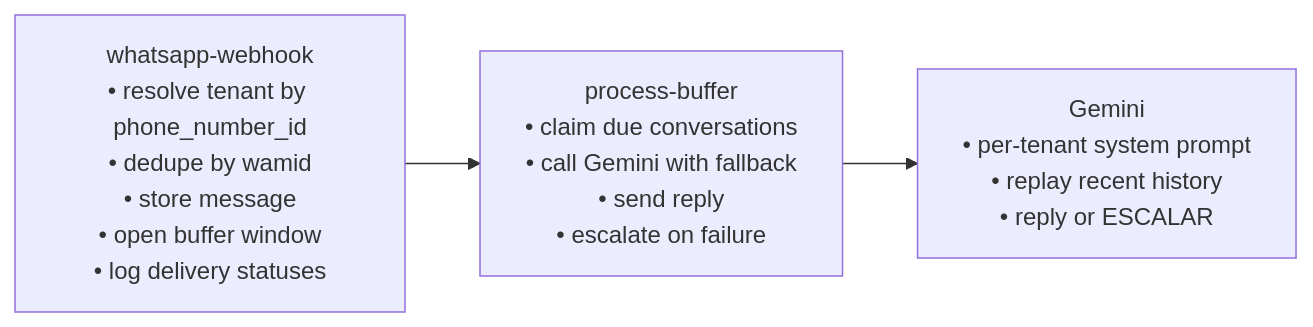
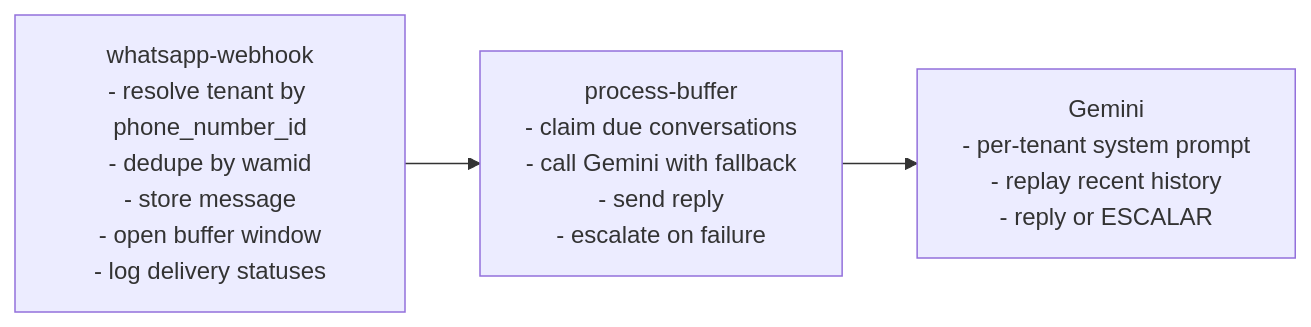
The fourth of 4 diagrams in docs/diagrams.md (brunoSlacerda/orocatto-architecture), drawn with Mermaid before and after one commit. The commit also changed other lines of this file, not shown here.

Commit message:
diagrams pt2

````diff
--- a/docs/diagrams.md
+++ b/docs/diagrams.md
@@ -84,8 +82,8 @@
 ```mermaid
 flowchart LR
-    WH["whatsapp-webhook<br/>• resolve tenant by phone_number_id<br/>• dedupe by wamid<br/>• store message<br/>• open buffer window<br/>• log delivery statuses"]
-    PB["process-buffer<br/>• claim due conversations<br/>• call Gemini with fallback<br/>• send reply<br/>• escalate on failure"]
-    G["Gemini<br/>• per-tenant system prompt<br/>• replay recent history<br/>• reply or ESCALAR"]
+    WH["whatsapp-webhook<br/>- resolve tenant by phone_number_id<br/>- dedupe by wamid<br/>- store message<br/>- open buffer window<br/>- log delivery statuses"]
+    PB["process-buffer<br/>- claim due conversations<br/>- call Gemini with fallback<br/>- send reply<br/>- escalate on failure"]
+    G["Gemini<br/>- per-tenant system prompt<br/>- replay recent history<br/>- reply or ESCALAR"]
 
     WH --> PB --> G
 ```
````
